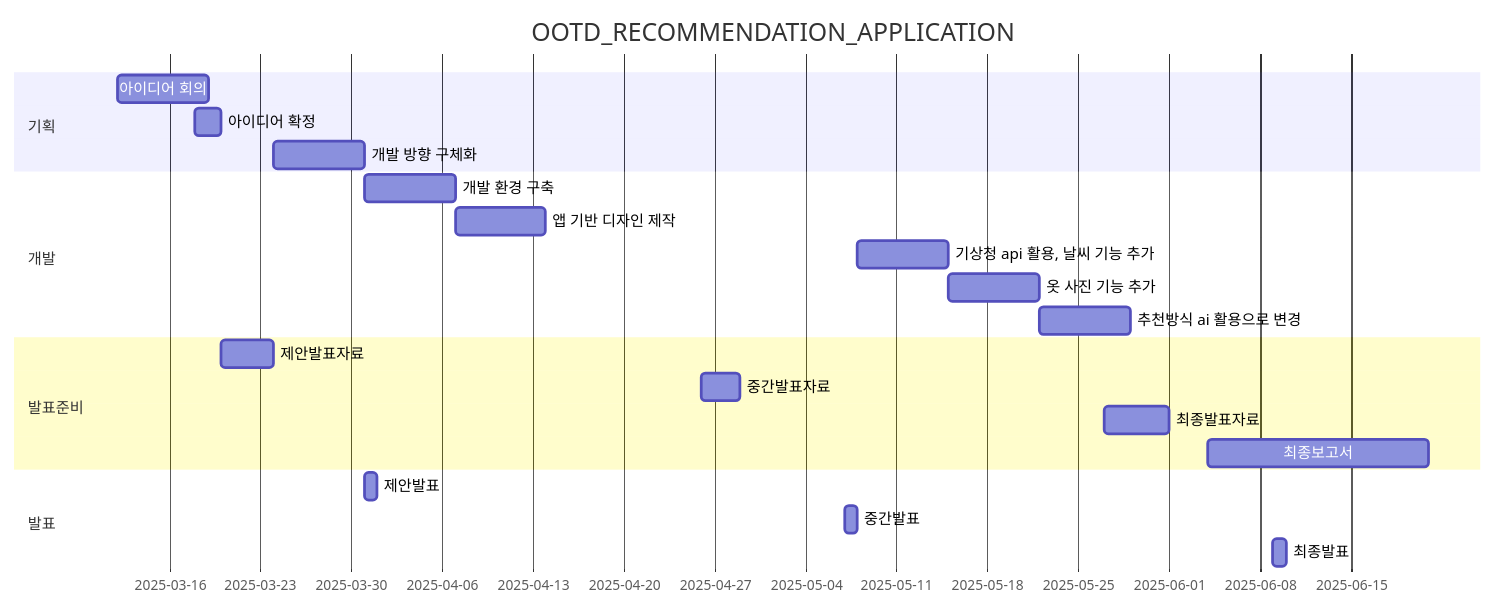
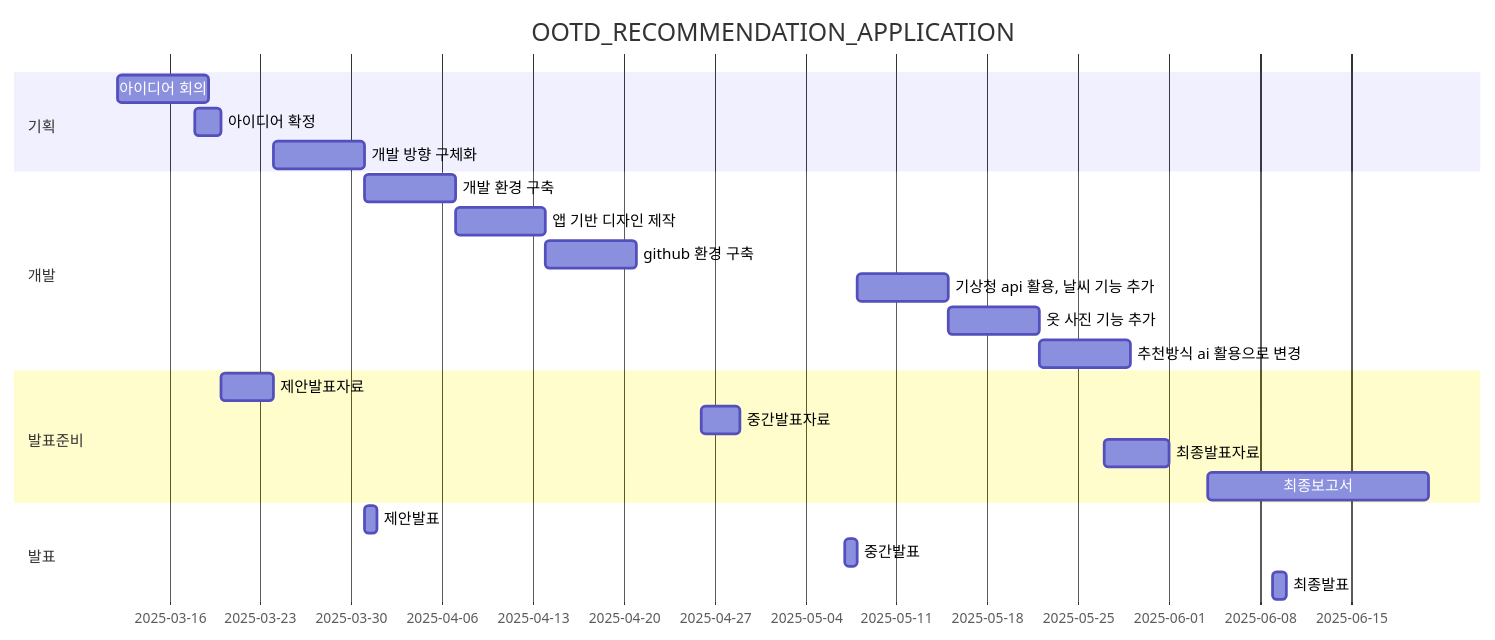
Before and after one commit to Introduction-to-Engineering-Design-13/LOR: the diagram in project-plan.md, drawn with Mermaid.

````diff
--- a/project-plan.md
+++ b/project-plan.md
@@ -1,31 +1,32 @@
 ```mermaid
 gantt
     title OOTD_RECOMMENDATION_APPLICATION
 
     dateFormat  YYYY-MM-DD
 
     section 기획
     아이디어 회의      :a1, 2025-03-12, 7d
     아이디어 확정      :a2, 2025-03-18, 2d
     개발 방향 구체화    :a3, after d1, 7d
     
     section 개발
     개발 환경 구축        :c1, after a3, 7d
     앱 기반 디자인 제작    :c2, after c1, 7d
+    github 환경 구축       :c6,after c2,7d
     기상청 api 활용, 날씨 기능 추가     : c3, after e2, 7d
-옷 사진 기능 추가      :c5,after c3,7d
+    옷 사진 기능 추가      :c5,after c3,7d
     추천방식 ai 활용으로 변경        :c4 , after c5, 7d
 
 
     section 발표준비
     제안발표자료        :d1,    after a2,      4d
     중간발표자료        :d2,    2025-04-26,    3d
     최종발표자료        :d3,    2025-05-27,    5d
     최종보고서          :d4,    2025-06-04,    17d
 
     section 발표
     제안발표            :e1,    2025-03-31,    1d 
     중간발표            :e2,    2025-05-07,    1d
     최종발표            :e3,    2025-06-09,    1d
 
 ```
````
